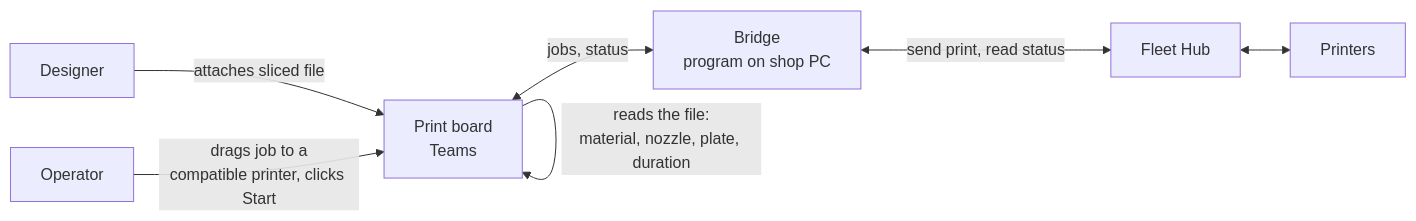
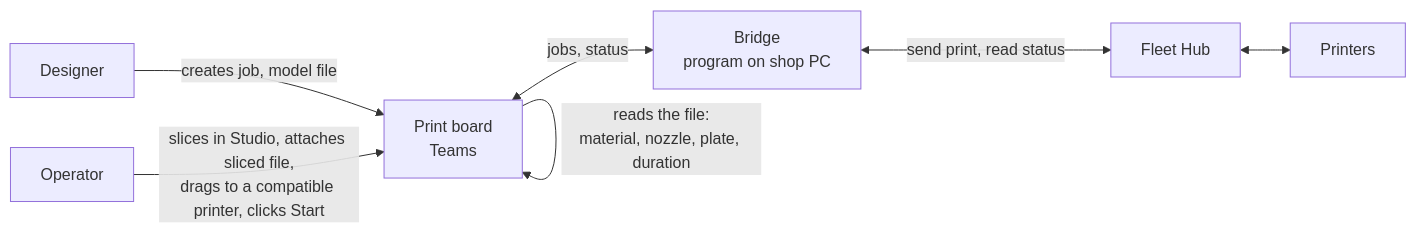
Before and after one commit to 221twoseven/print-farm-scheduler: the diagram in docs/farm-integration-strategy.md, drawn with Mermaid. The commit also changed other lines of this file and 1 other file, not shown here.

First line of the commit message:
Integration docs: the operator slices and attaches the sliced file

````diff
--- a/docs/farm-integration-strategy.md
+++ b/docs/farm-integration-strategy.md
@@ -38,9 +38,9 @@
 ```mermaid
 flowchart LR
-    D[Designer] -->|attaches sliced file| B[Print board<br/>Teams]
+    D[Designer] -->|creates job, model file| B[Print board<br/>Teams]
+    O[Operator] -->|slices in Studio, attaches sliced file,<br/>drags to a compatible printer, clicks Start| B
     B -->|reads the file:<br/>material, nozzle, plate, duration| B
-    O[Operator] -->|drags job to a<br/>compatible printer, clicks Start| B
     B <-->|jobs, status| BR[Bridge<br/>program on shop PC]
     BR <-->|send print, read status| H[Fleet Hub]
     H <--> P[Printers]
 ```
````
